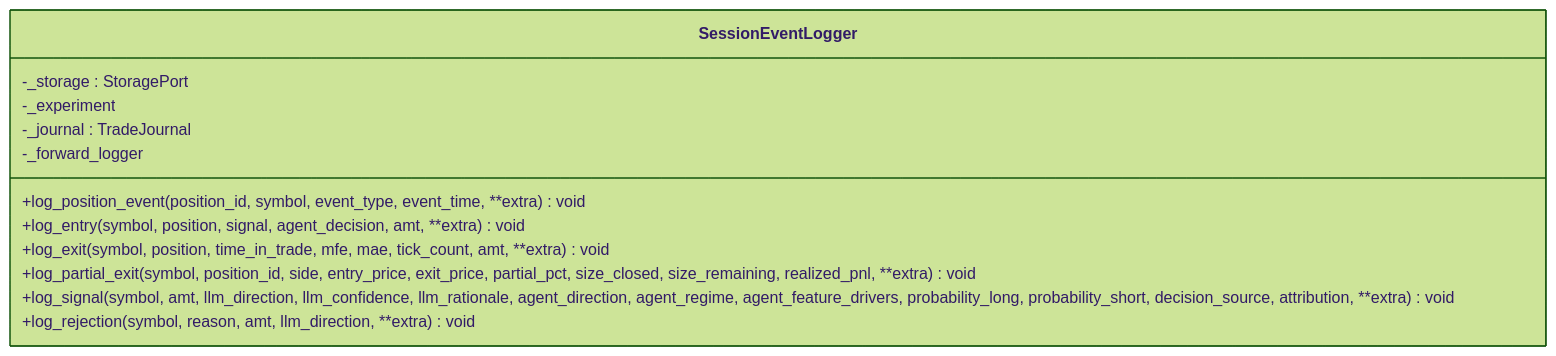
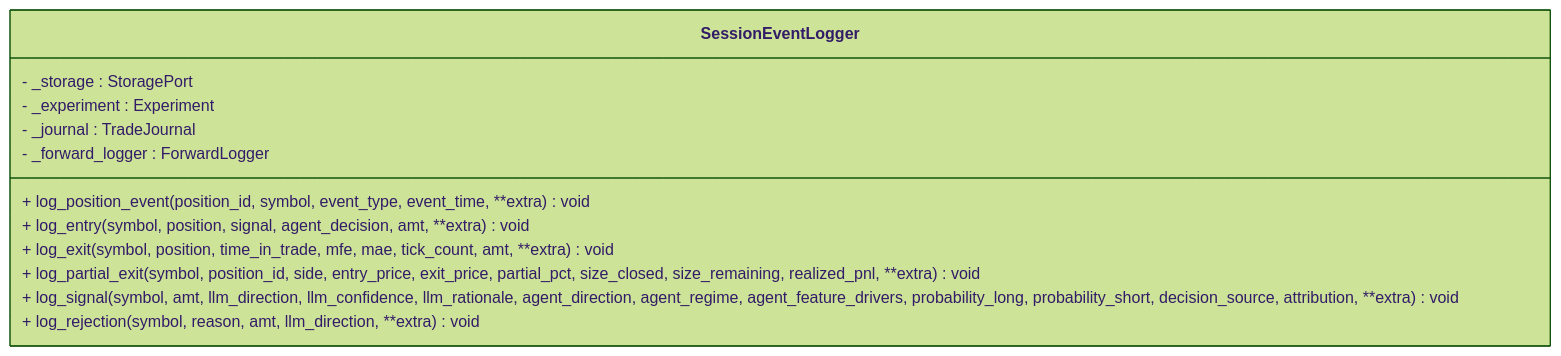
One commit to gemrajkhatry-maker/v5-of-glassytrade-ai changed diagram 11 of 14 in .qoder/repowiki/en/content/Backend Application/Core Services/Trading Session Service.md. Above: the diagram before and after it, drawn with Mermaid (forest theme). The commit also changed other lines of this file and 219 other files, not shown here.

First line of the commit message:
refactor: major architecture improvements across backend, backendv2, brokers, and frontend

````diff
--- a/.qoder/repowiki/en/content/Backend Application/Core Services/Trading Session Service.md
+++ b/.qoder/repowiki/en/content/Backend Application/Core Services/Trading Session Service.md
@@ -311,15 +459,15 @@
 ```mermaid
 classDiagram
 class SessionEventLogger {
--_storage : StoragePort
--_experiment
--_journal : TradeJournal
--_forward_logger
-+log_position_event(position_id, symbol, event_type, event_time, **extra) void
-+log_entry(symbol, position, signal, agent_decision, amt, **extra) void
-+log_exit(symbol, position, time_in_trade, mfe, mae, tick_count, amt, **extra) void
-+log_partial_exit(symbol, position_id, side, entry_price, exit_price, partial_pct, size_closed, size_remaining, realized_pnl, **extra) void
-+log_signal(symbol, amt, llm_direction, llm_confidence, llm_rationale, agent_direction, agent_regime, agent_feature_drivers, probability_long, probability_short, decision_source, attribution, **extra) void
-+log_rejection(symbol, reason, amt, llm_direction, **extra) void
+- _storage : StoragePort
+- _experiment : Experiment
+- _journal : TradeJournal
+- _forward_logger : ForwardLogger
++ log_position_event(position_id, symbol, event_type, event_time, **extra) void
++ log_entry(symbol, position, signal, agent_decision, amt, **extra) void
++ log_exit(symbol, position, time_in_trade, mfe, mae, tick_count, amt, **extra) void
++ log_partial_exit(symbol, position_id, side, entry_price, exit_price, partial_pct, size_closed, size_remaining, realized_pnl, **extra) void
++ log_signal(symbol, amt, llm_direction, llm_confidence, llm_rationale, agent_direction, agent_regime, agent_feature_drivers, probability_long, probability_short, decision_source, attribution, **extra) void
++ log_rejection(symbol, reason, amt, llm_direction, **extra) void
 }
 ```
````
